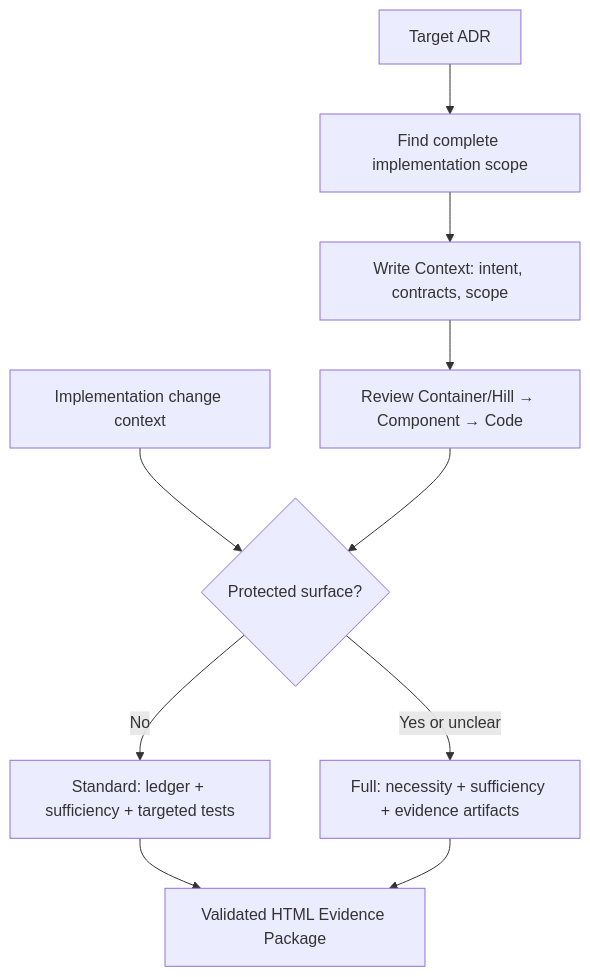
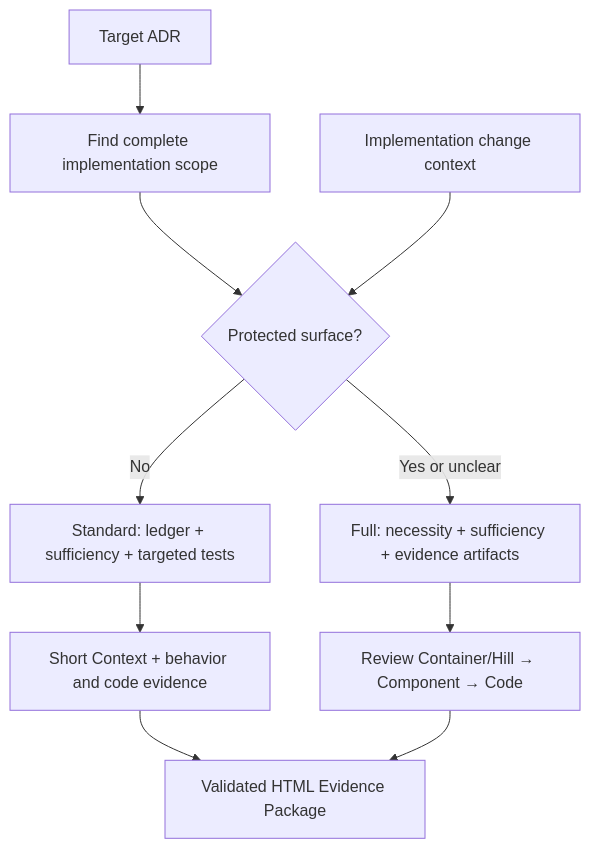
One commit to haandol/alps-writer-plugins changed the diagram in plugins/adr-writer/skills/adr-impl-review/SKILL.md. Above: the diagram before and after it, drawn with Mermaid. The commit also changed other lines of this file and 101 other files, not shown here.

````diff
--- a/plugins/adr-writer/skills/adr-impl-review/SKILL.md
+++ b/plugins/adr-writer/skills/adr-impl-review/SKILL.md
@@ -23,12 +23,12 @@
 ```mermaid
 flowchart TD
     ADR["Target ADR"] --> SCOPE["Find complete implementation scope"]
-    SCOPE --> CONTEXT["Write Context: intent, contracts, scope"]
-    CONTEXT --> HIKE["Review Container/Hill → Component → Code"]
+    SCOPE --> RISK
+    STANDARD --> CONTEXT["Short Context + behavior and code evidence"]
+    FULL --> HIKE["Review Container/Hill → Component → Code"]
     CHANGE["Implementation change context"] --> RISK{"Protected surface?"}
-    HIKE --> RISK
     RISK -->|No| STANDARD["Standard: ledger + sufficiency + targeted tests"]
     RISK -->|Yes or unclear| FULL["Full: necessity + sufficiency + evidence artifacts"]
-    STANDARD --> RULING["Validated HTML Evidence Package"]
-    FULL --> RULING
+    CONTEXT --> RULING["Validated HTML Evidence Package"]
+    HIKE --> RULING
 ```
````
